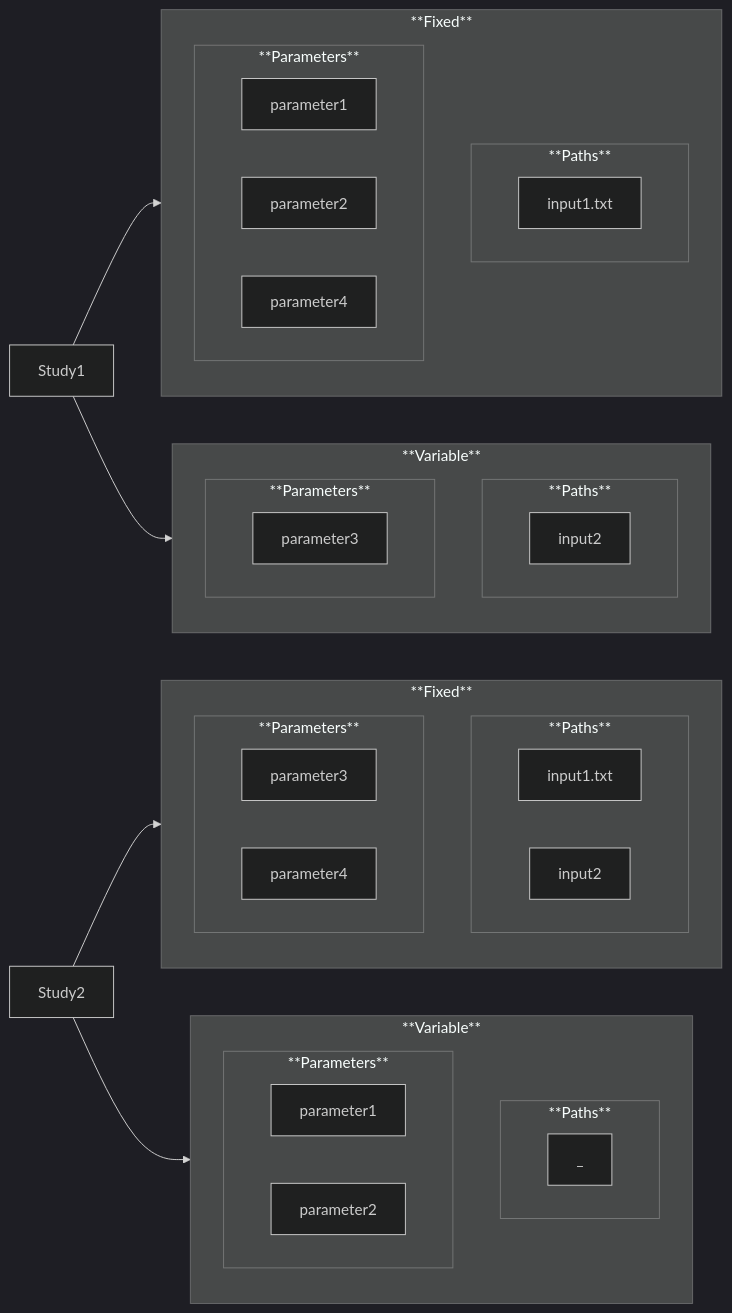
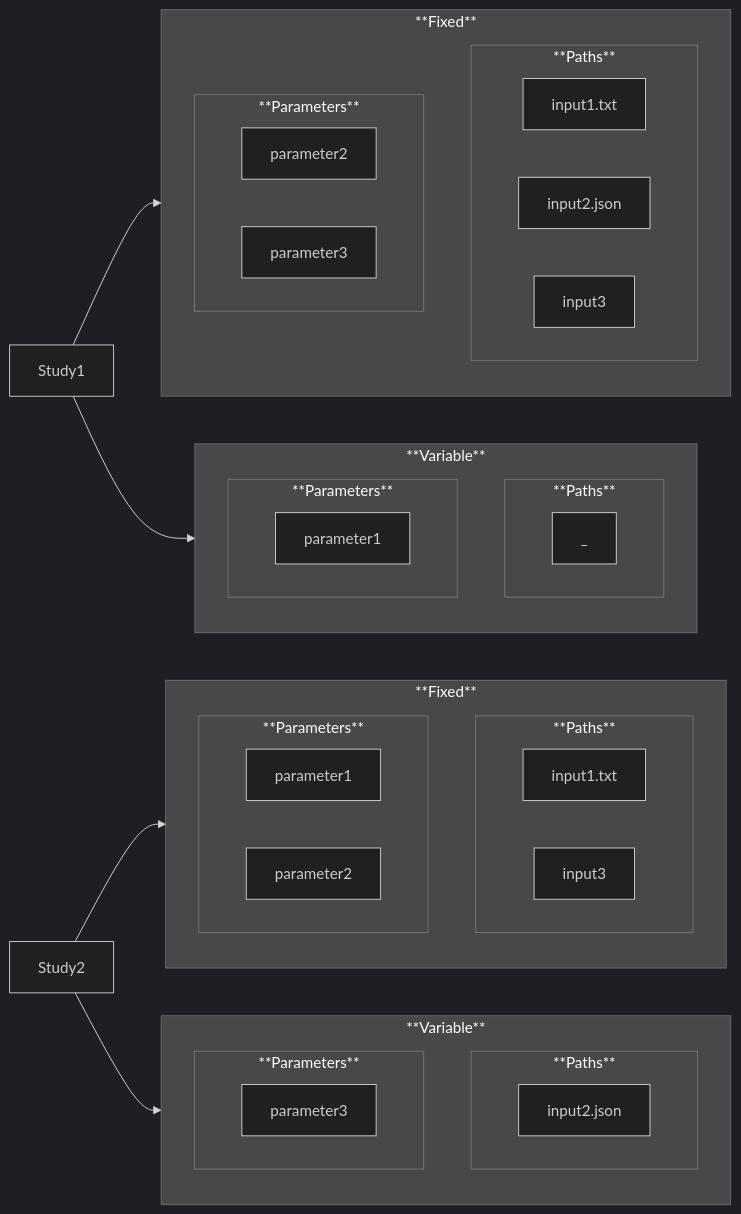
Diagram 15 of 17 in README.md (nuremics/nuremics), drawn with Mermaid (dark theme) before and after one commit. The commit also changed other lines of this file, not shown here.

````diff
--- a/README.md
+++ b/README.md
@@ -415,70 +415,70 @@
 ```mermaid
 flowchart LR
 
   subgraph Fixed1["**Fixed**"]
     direction TB
 
     subgraph Paths_Fixed1["**Paths**"]
       direction LR
       path1_1["input1.txt"]
+      path2_1["input2.json"]
+      path3_1["input3"]
     end
 
     subgraph Parameter_Fixed1["**Parameters**"]
       direction LR
-      param1_1["parameter1"]
       param2_1["parameter2"]
-      param4_1["parameter4"]
+      param3_1["parameter3"]
     end
   end
 
   subgraph Variable1["**Variable**"]
     direction TB
 
     subgraph Paths_Variable1["**Paths**"]
       direction LR
-      path2_1["input2"]
+      no_path["_"]
     end
 
     subgraph Parameter_Variable1["**Parameters**"]
       direction LR
-      param3_1["parameter3"]
+      param1_1["parameter1"]
     end
   end
 
   Study1 --> Fixed1
   Study1 --> Variable1
 
   subgraph Fixed2["**Fixed**"]
     direction TB
 
     subgraph Paths_Fixed2["**Paths**"]
       direction LR
       path1_2["input1.txt"]
-      path2_2["input2"]
+      path3_2["input3"]
     end
 
     subgraph Parameter_Fixed2["**Parameters**"]
       direction LR
-      param3_2["parameter3"]
-      param4_2["parameter4"]
+      param1_2["parameter1"]
+      param2_2["parameter2"]
     end
   end
 
   subgraph Variable2["**Variable**"]
     direction TB
 
     subgraph Paths_Variable2["**Paths**"]
       direction LR
-      no_path["_"]
+      path2_2["input2.json"]
     end
 
     subgraph Parameter_Variable2["**Parameters**"]
       direction LR
-      param1_2["parameter1"]
-      param2_2["parameter2"]
+      param3_2["parameter3"]
     end
   end
 
   Study2 --> Fixed2
   Study2 --> Variable2
 ```
````
